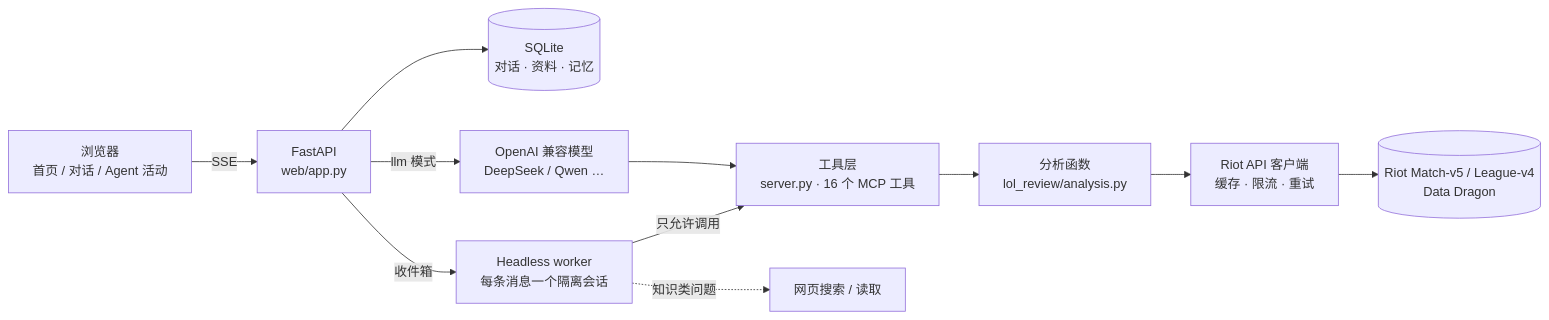
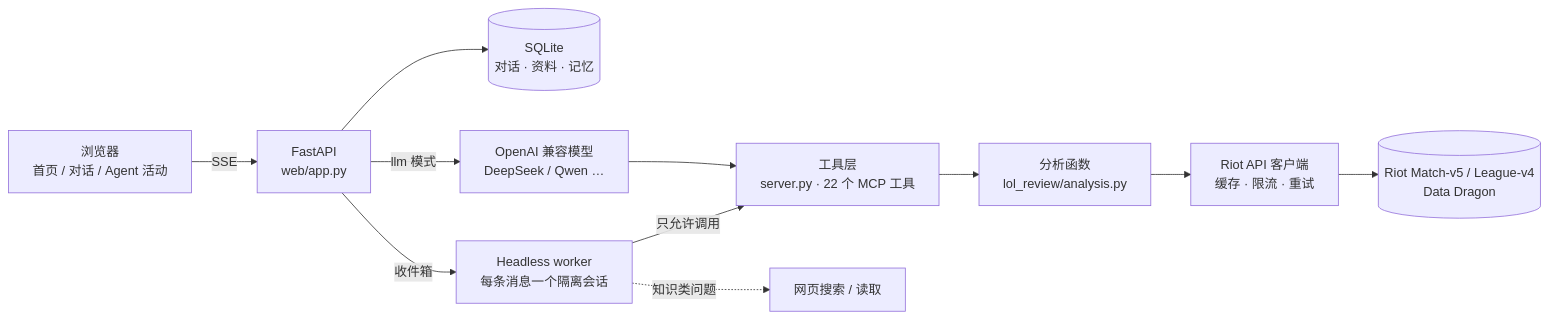
Before and after one commit to JaveyBae/riftlens: the diagram in README.md, drawn with Mermaid. The commit also changed other lines of this file and 24 other files, not shown here.

````diff
--- a/README.md
+++ b/README.md
@@ -30,13 +47,13 @@
 ```mermaid
 flowchart LR
     U[浏览器<br/>首页 / 对话 / Agent 活动] -->|SSE| S[FastAPI<br/>web/app.py]
     S --> DB[(SQLite<br/>对话 · 资料 · 记忆)]
     S -->|收件箱| W[Headless worker<br/>每条消息一个隔离会话]
     S -->|llm 模式| L[OpenAI 兼容模型<br/>DeepSeek / Qwen …]
-    W -->|只允许调用| T[工具层<br/>server.py · 16 个 MCP 工具]
+    W -->|只允许调用| T[工具层<br/>server.py · 22 个 MCP 工具]
     L --> T
     T --> A[分析函数<br/>lol_review/analysis.py]
     A --> R[Riot API 客户端<br/>缓存 · 限流 · 重试]
     R --> API[(Riot Match-v5 / League-v4<br/>Data Dragon)]
     W -.->|知识类问题| WEB[网页搜索 / 读取]
 ```
````
